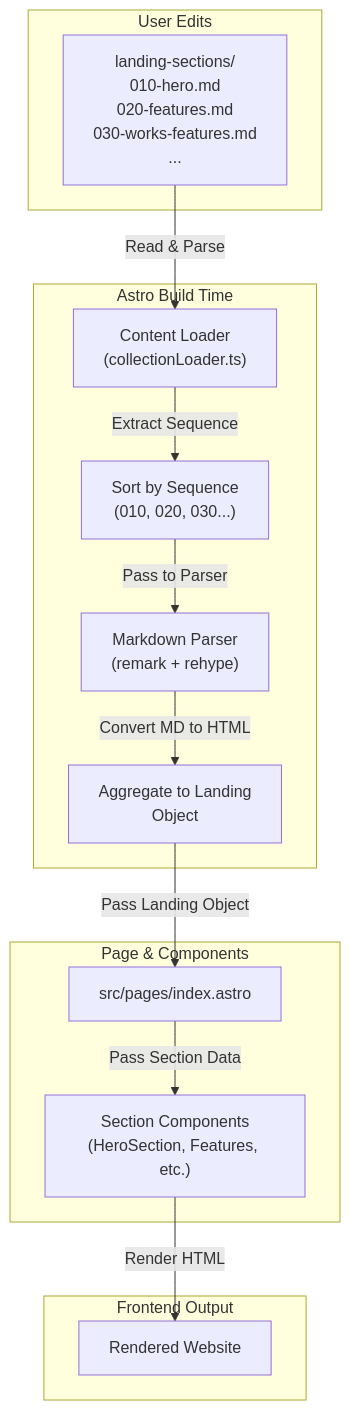
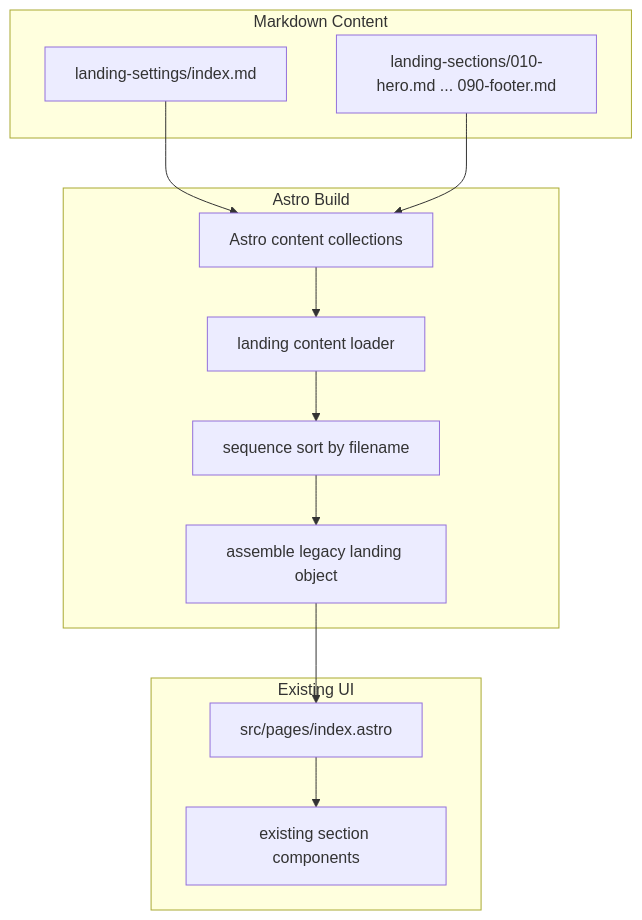
The diagram in .cursor/plans/content_management_system_7613eb18.plan.md (inkontakt/xHome), drawn with Mermaid before and after one commit. The commit also changed other lines of this file and 6 other files, not shown here.

````diff
--- a/.cursor/plans/content_management_system_7613eb18.plan.md
+++ b/.cursor/plans/content_management_system_7613eb18.plan.md
@@ -38,30 +219,27 @@
 ```mermaid
 graph TB
-    subgraph userContent ["User Edits"]
-        files["landing-sections/\n010-hero.md\n020-features.md\n030-works-features.md\n..."]
+    subgraph content ["Markdown Content"]
+        settings["landing-settings/index.md"]
+        sections["landing-sections/010-hero.md ... 090-footer.md"]
     end
-    
-    subgraph astroLayer ["Astro Build Time"]
-        loader["Content Loader\n(collectionLoader.ts)"]
-        sorter["Sort by Sequence\n(010, 020, 030...)"]
-        parser["Markdown Parser\n(remark + rehype)"]
-        aggregator["Aggregate to Landing\nObject"]
+
+    subgraph astro ["Astro Build"]
+        collections["Astro content collections"]
+        loader["landing content loader"]
+        sorter["sequence sort by filename"]
+        aggregator["assemble legacy landing object"]
     end
-    
-    subgraph pageLayer ["Page & Components"]
-        indexPage["src/pages/index.astro"]
-        components["Section Components\n(HeroSection, Features, etc.)"]
+
+    subgraph page ["Existing UI"]
+        index["src/pages/index.astro"]
+        components["existing section components"]
     end
-    
-    subgraph output ["Frontend Output"]
-        website["Rendered Website"]
-    end
-    
-    files -->|Read & Parse| loader
-    loader -->|Extract Sequence| sorter
-    sorter -->|Pass to Parser| parser
-    parser -->|Convert MD to HTML| aggregator
-    aggregator -->|Pass Landing Object| indexPage
-    indexPage -->|Pass Section Data| components
-    components -->|Render HTML| website
+
+    settings --> collections
+    sections --> collections
+    collections --> loader
+    loader --> sorter
+    sorter --> aggregator
+    aggregator --> index
+    index --> components
 ```
````
